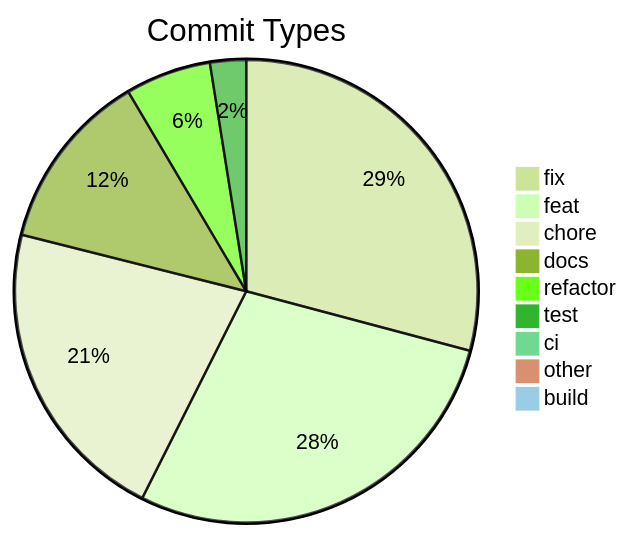
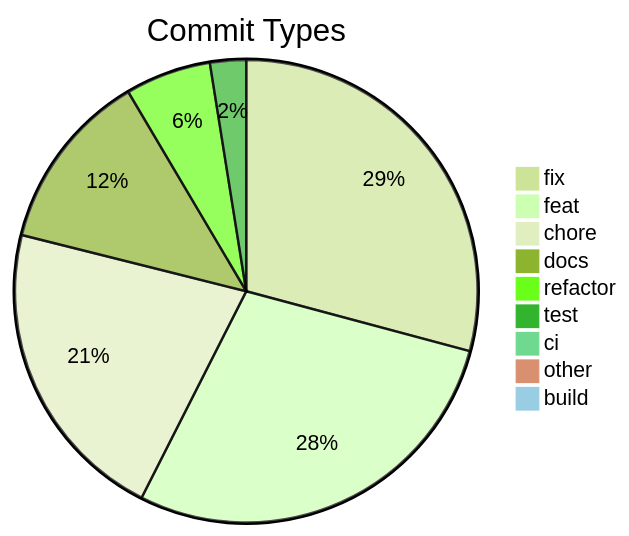
The diagram in .shipwright/compliance/change-history.md (svenroth-ai/shipwright), drawn with Mermaid (forest theme) before and after one commit. The commit also changed other lines of this file and 27 other files, not shown here.

````diff
--- a/.shipwright/compliance/change-history.md
+++ b/.shipwright/compliance/change-history.md
@@ -8,12 +8,12 @@
 ```mermaid
 pie title Commit Types
     "fix" : 336
     "feat" : 326
-    "chore" : 248
+    "chore" : 247
     "docs" : 145
     "refactor" : 69
     "test" : 29
     "ci" : 11
     "other" : 9
     "build" : 1
 ```
````
